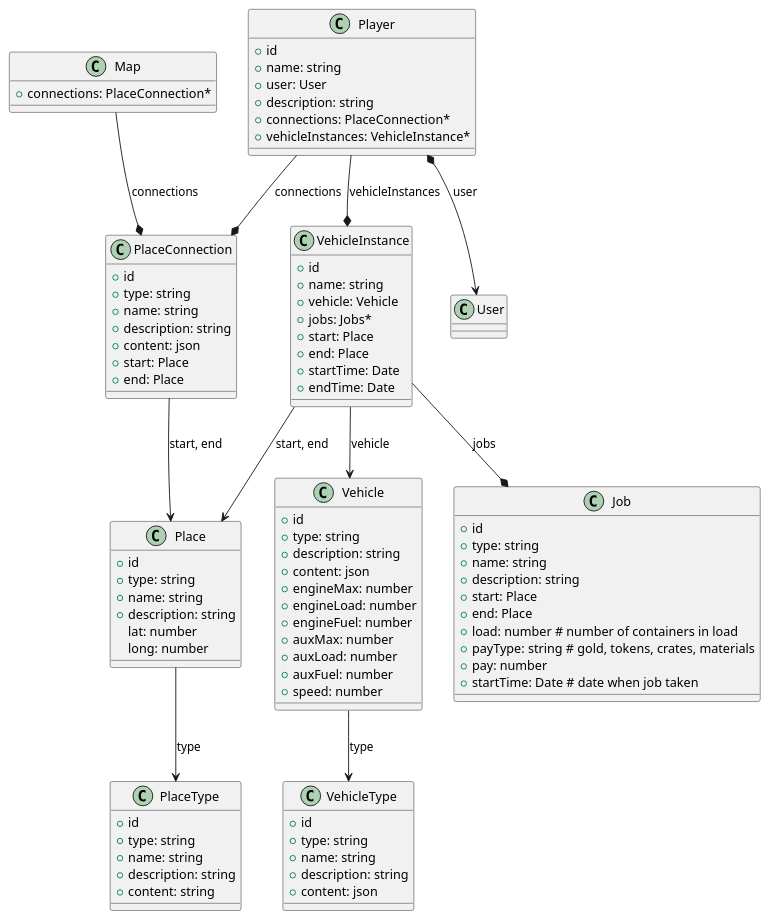
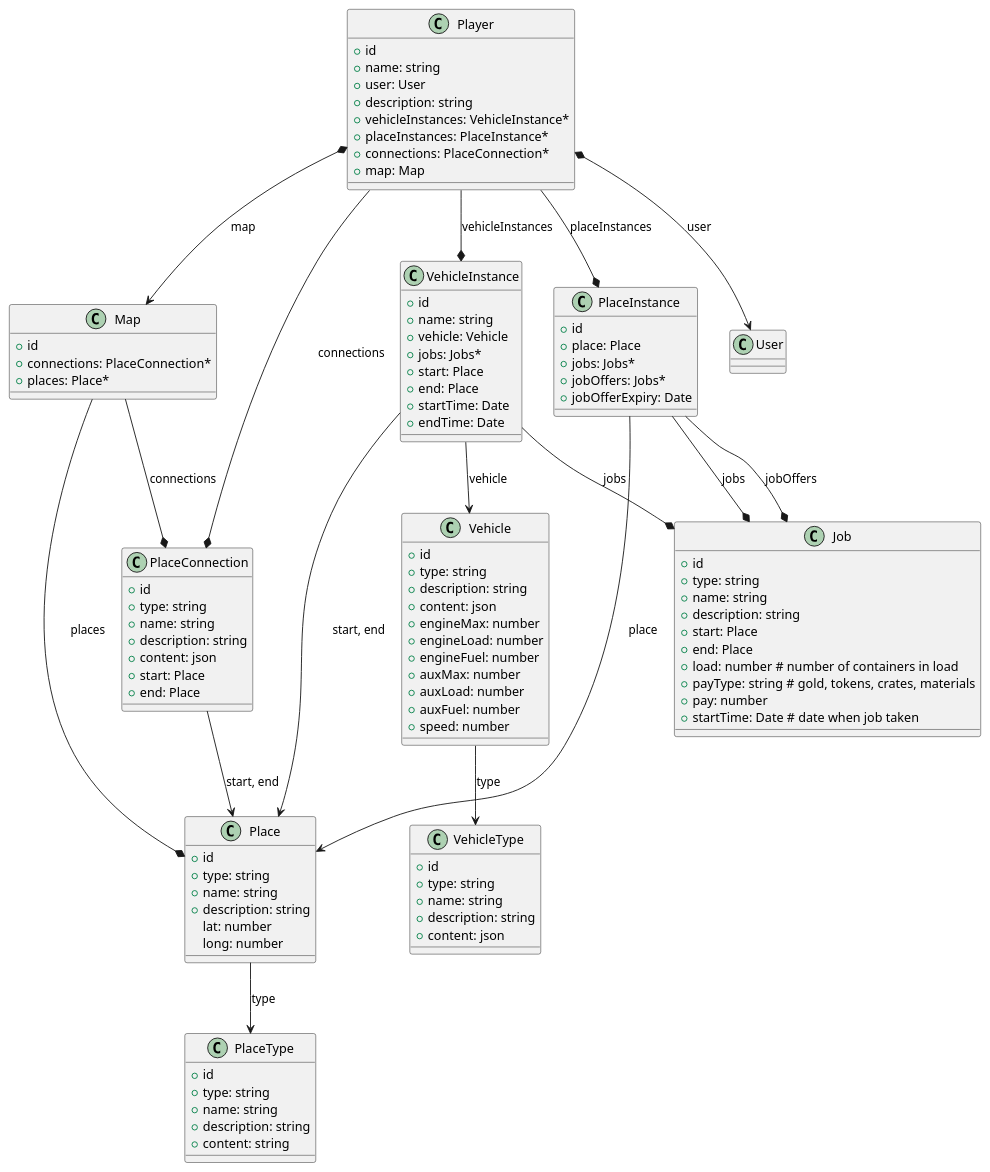
One commit to psperneac/trains changed the diagram in trains-docs/entities.puml. Above: the diagram before and after it, drawn with PlantUML. The commit also changed 2 other files, not shown here.

```diff
--- a/trains-docs/entities.puml
+++ b/trains-docs/entities.puml
@@ -1,105 +1,124 @@
 @startuml
 
 class VehicleType {
     +id
     +type: string
     +name: string
     +description: string
     +content: json
 }
 
 class Vehicle {
     +id
     +type: string
     +description: string
     +content: json
     +engineMax: number
     +engineLoad: number
     +engineFuel: number
     +auxMax: number
     +auxLoad: number
     +auxFuel: number
     +speed: number
 }
 
 Vehicle --> VehicleType: type
 
 class PlaceType {
     +id
     +type: string
     +name: string
     +description: string
     +content: string
 }
 
 class Place {
     +id
     +type: string
     +name: string
     +description: string
     lat: number
     long: number
 }
 
 Place --> PlaceType: type
 
 class PlaceConnection {
     +id
     +type: string
     +name: string
     +description: string
     +content: json
     +start: Place
     +end: Place
 }
 
 PlaceConnection --> Place: start, end
 
-class Map {
-    +connections: PlaceConnection*
-}
-
-Map --* PlaceConnection: connections
-
 class Job {
     +id
     +type: string
     +name: string
     +description: string
     +start: Place
     +end: Place
     +load: number # number of containers in load
     +payType: string # gold, tokens, crates, materials
     +pay: number
     +startTime: Date # date when job taken
 }
 
 class VehicleInstance {
     +id
     +name: string
     +vehicle: Vehicle
     +jobs: Jobs*
     +start: Place
     +end: Place
     +startTime: Date
     +endTime: Date
 }
 
 VehicleInstance --> Place: start, end
 VehicleInstance --> Vehicle: vehicle
 VehicleInstance --* Job: jobs
 
+class PlaceInstance {
+    +id
+    +place: Place
+    +jobs: Jobs*
+    +jobOffers: Jobs*
+    +jobOfferExpiry: Date
+}
+
+PlaceInstance --> Place: place
+PlaceInstance --* Job: jobs
+PlaceInstance --* Job: jobOffers
+
+class Map {
+    +id
+    +connections: PlaceConnection*
+    +places: Place*
+}
+
+Map --* PlaceConnection: connections
+Map --* Place: places
+
 class Player {
     +id
     +name: string
     +user: User
     +description: string
+    +vehicleInstances: VehicleInstance*
+    +placeInstances: PlaceInstance*
     +connections: PlaceConnection*
-    +vehicleInstances: VehicleInstance*
+    +map: Map
 }
 
 Player *--> User: user
+Player --* PlaceInstance: placeInstances
+Player --* VehicleInstance: vehicleInstances
 Player --* PlaceConnection: connections
-Player --* VehicleInstance: vehicleInstances
+Player *--> Map: map
 
 @enduml
```
